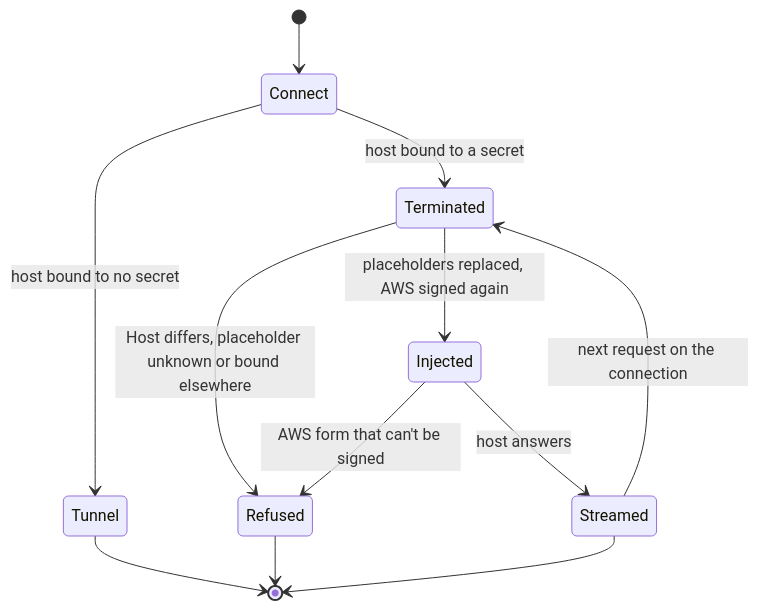
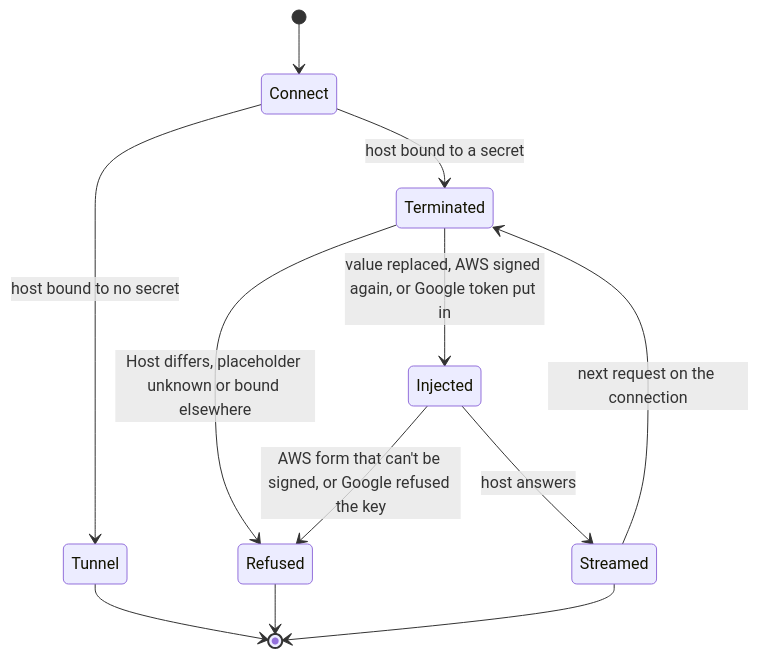
Before and after one commit to evgeny-simplex/simplex-chat: the third of 4 diagrams in plans/2026-11-13-mcp-secrets.md, drawn with Mermaid. The commit also changed other lines of this file, not shown here.

Commit message:
plan: mcp-secrets, modes value, aws and gcp

````diff
--- a/plans/2026-11-13-mcp-secrets.md
+++ b/plans/2026-11-13-mcp-secrets.md
@@ -276,14 +341,14 @@
 ```mermaid
 stateDiagram-v2
   [*] --> Connect
   Connect --> Tunnel: host bound to no secret
   Connect --> Terminated: host bound to a secret
   Tunnel --> [*]
   Terminated --> Refused: Host differs, placeholder unknown or bound elsewhere
-  Terminated --> Injected: placeholders replaced, AWS signed again
-  Injected --> Refused: AWS form that can't be signed
+  Terminated --> Injected: value replaced, AWS signed again, or Google token put in
+  Injected --> Refused: AWS form that can't be signed, or Google refused the key
   Injected --> Streamed: host answers
   Streamed --> Terminated: next request on the connection
   Streamed --> [*]
   Refused --> [*]
 ```
````
